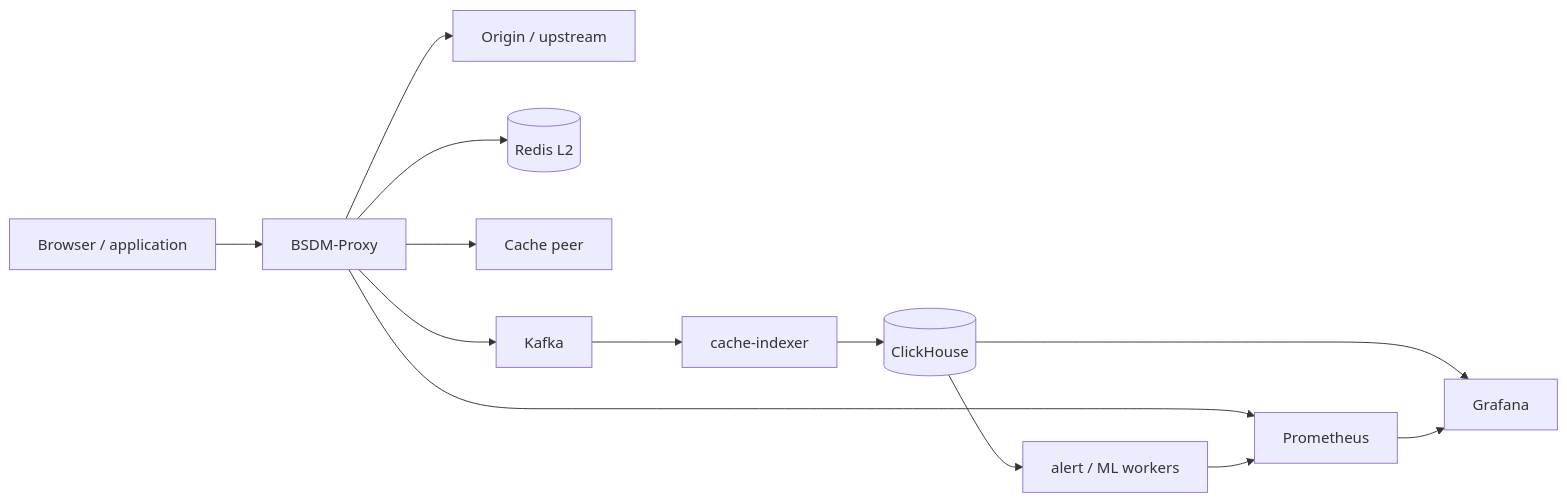
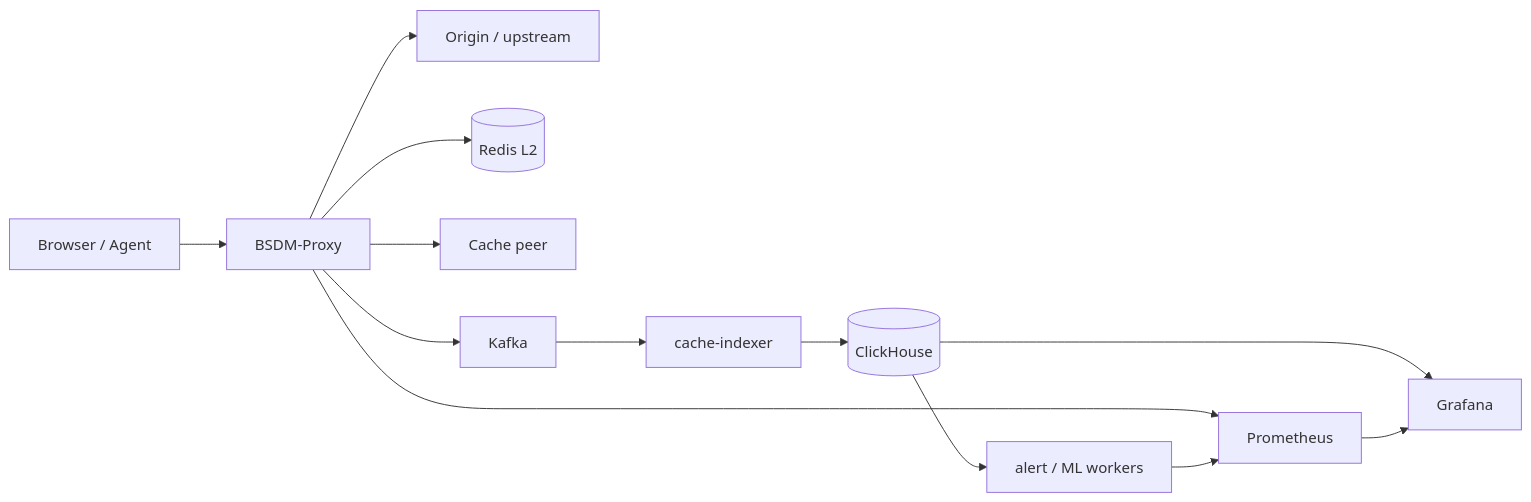
Before and after one commit to onixus/bsdm-proxy: the first of 2 diagrams in docs/architecture/overview.md, drawn with Mermaid. The commit also changed other lines of this file and 13 other files, not shown here.

````diff
--- a/docs/architecture/overview.md
+++ b/docs/architecture/overview.md
@@ -8,15 +8,15 @@
 ```mermaid
 flowchart LR
-    Client["Browser / application"] --> Proxy["BSDM-Proxy"]
+    Client["Browser / Agent"] --> Proxy["BSDM-Proxy"]
     Proxy --> Origin["Origin / upstream"]
     Proxy --> Redis[("Redis L2")]
     Proxy --> Peer["Cache peer"]
     Proxy --> Kafka["Kafka"]
     Kafka --> Indexer["cache-indexer"]
     Indexer --> CH[("ClickHouse")]
     CH --> Workers["alert / ML workers"]
     Proxy --> Prom["Prometheus"]
     Workers --> Prom
     CH --> Grafana["Grafana"]
     Prom --> Grafana
 ```
````
